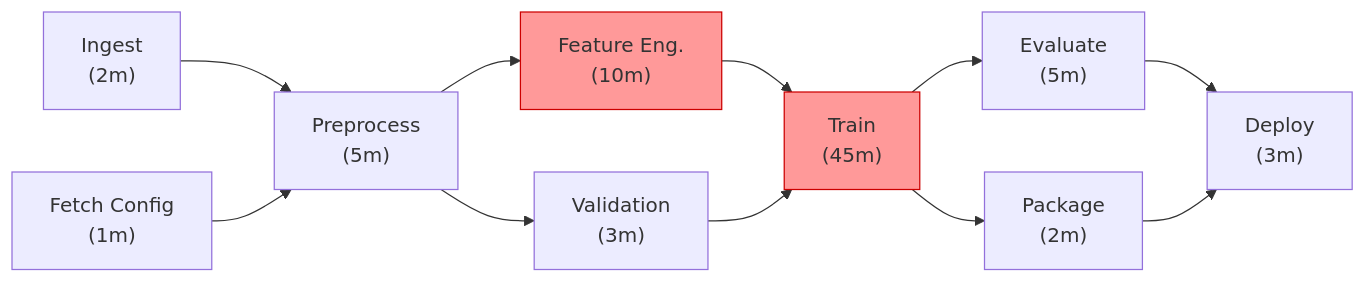
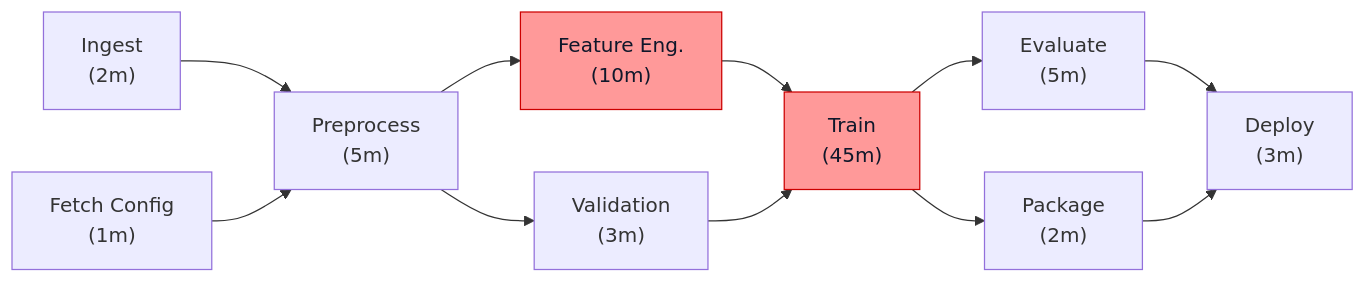
Before and after one commit to blebleblee/synapse: the third of 5 diagrams in topics/computing/ai/mlops_and_serving/lesson_01_pipeline_orchestration_overview.md, drawn with Mermaid. The commit also changed other lines of this file and 1464 other files, not shown here.

Commit message:
feat(release): curriculum vector mermaid upgrade, render hardening, and master synpack

````diff
--- a/topics/computing/ai/mlops_and_serving/lesson_01_pipeline_orchestration_overview.md
+++ b/topics/computing/ai/mlops_and_serving/lesson_01_pipeline_orchestration_overview.md
@@ -275,16 +289,16 @@
 ```mermaid
 graph LR
     A["Ingest\n(2m)"] --> C["Preprocess\n(5m)"]
     B["Fetch Config\n(1m)"] --> C
     C --> D["Feature Eng.\n(10m)"]
     C --> E["Validation\n(3m)"]
     D --> F["Train\n(45m)"]
     E --> F
     F --> G["Evaluate\n(5m)"]
     F --> H["Package\n(2m)"]
     G --> I["Deploy\n(3m)"]
     H --> I
 
-    style D fill:#ff9999,stroke:#cc0000
-    style F fill:#ff9999,stroke:#cc0000
+    style D fill:#ff9999,stroke:#cc0000,color:#0f172a
+    style F fill:#ff9999,stroke:#cc0000,color:#0f172a
 ```
````
